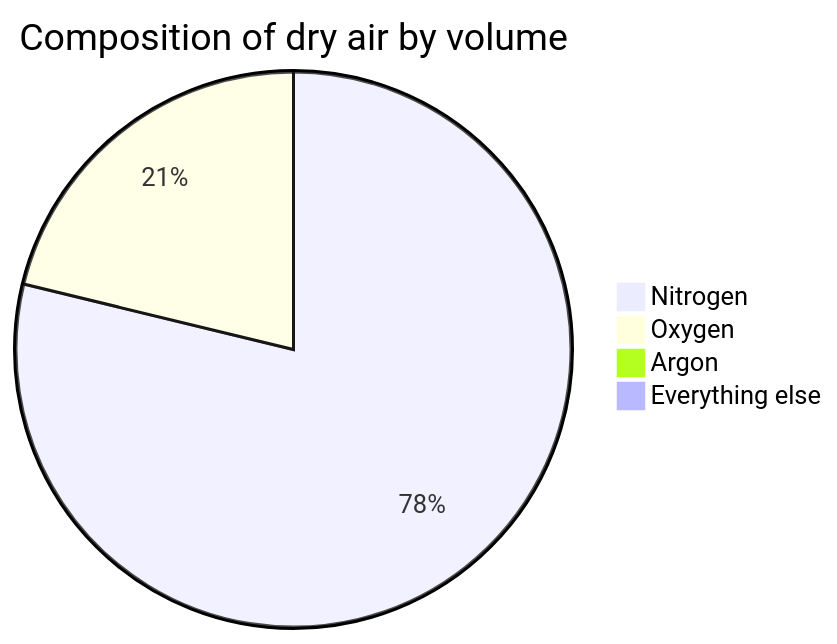
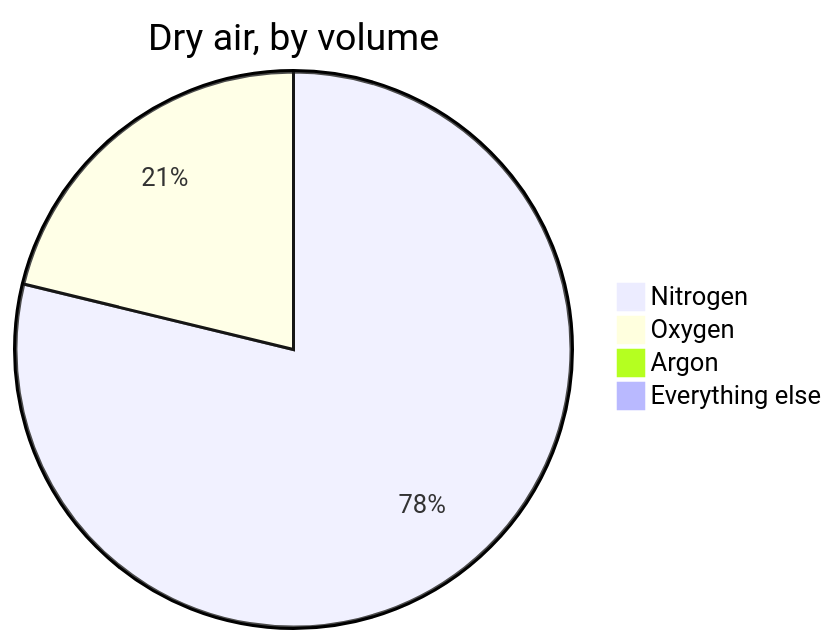
One commit to russellgordon/containerized-quartz-for-teachers changed the third of 3 diagrams in support/example_content/SCH3U/shared/Style/What This Site Can Do.md. Above: the diagram before and after it, drawn with Mermaid. The commit also changed 31 other files, not shown here.

First line of the commit message:
Pie titles fit the chart mermaid actually draws

````diff
--- a/support/example_content/SCH3U/shared/Style/What This Site Can Do.md
+++ b/support/example_content/SCH3U/shared/Style/What This Site Can Do.md
@@ -242,7 +242,7 @@
 ```mermaid
-pie title Composition of dry air by volume
+pie title Dry air, by volume
     "Nitrogen" : 78
     "Oxygen" : 21
     "Argon" : 0.9
     "Everything else" : 0.1
 ```
````
